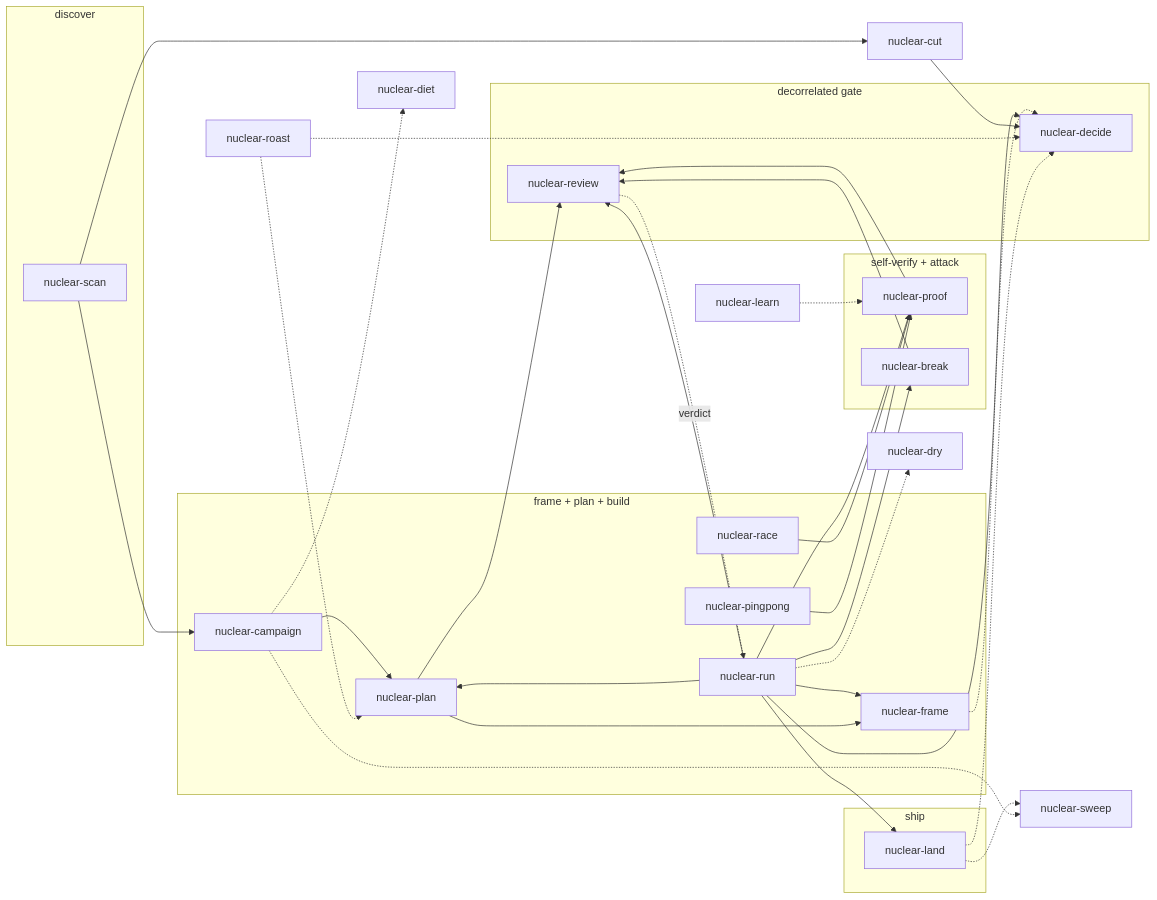
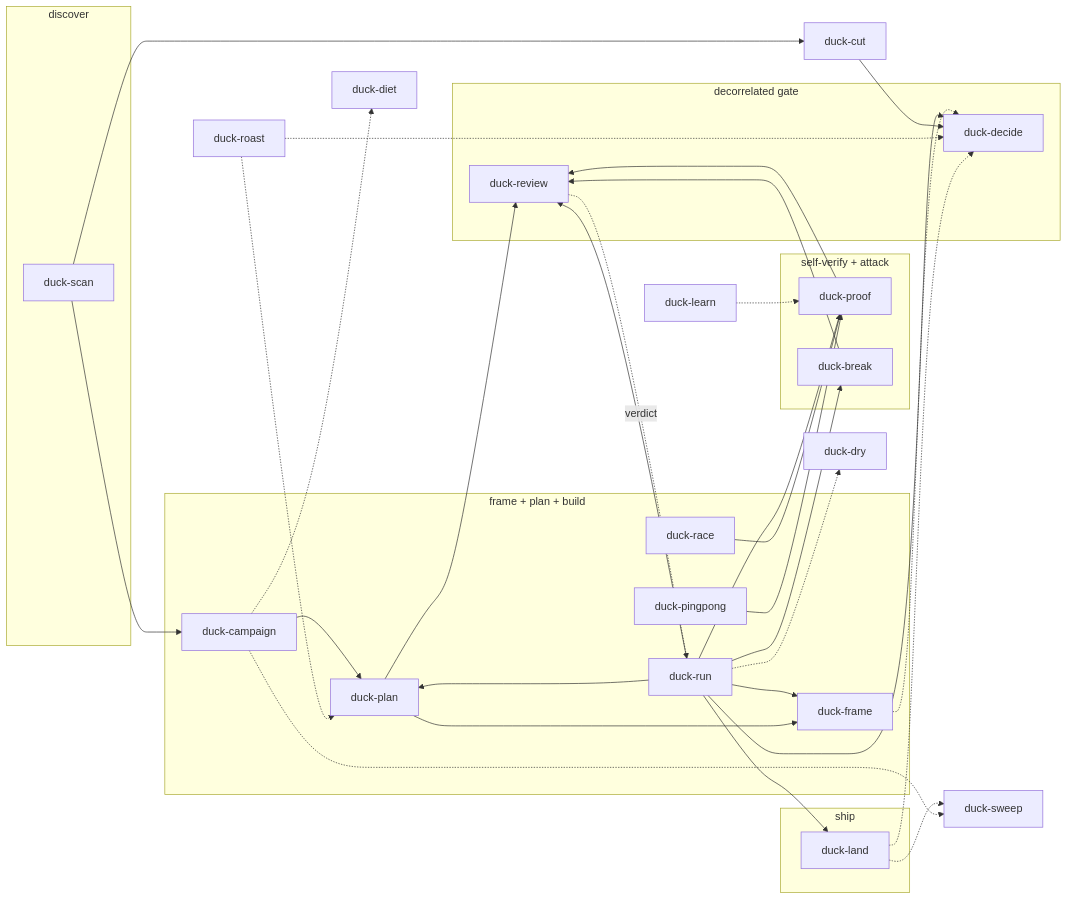
One commit to askrubberduck/skills changed the diagram in README.md. Above: the diagram before and after it, drawn with Mermaid. The commit also changed other lines of this file and 113 other files, not shown here.

````diff
--- a/README.md
+++ b/README.md
@@ -159,59 +166,59 @@
 ```mermaid
 flowchart LR
     subgraph discover
-        scan[nuclear-scan]
+        scan[duck-scan]
     end
     subgraph build["frame + plan + build"]
-        campaign[nuclear-campaign]
-        frame[nuclear-frame]
-        plan[nuclear-plan]
-        run[nuclear-run]
-        race[nuclear-race]
-        pingpong[nuclear-pingpong]
+        campaign[duck-campaign]
+        frame[duck-frame]
+        plan[duck-plan]
+        run[duck-run]
+        race[duck-race]
+        pingpong[duck-pingpong]
     end
     subgraph verify["self-verify + attack"]
-        proof[nuclear-proof]
-        break[nuclear-break]
+        proof[duck-proof]
+        break[duck-break]
     end
     subgraph gate["decorrelated gate"]
-        review[nuclear-review]
-        decide[nuclear-decide]
+        review[duck-review]
+        decide[duck-decide]
     end
     subgraph ship
-        land[nuclear-land]
+        land[duck-land]
     end
-    cut[nuclear-cut]
-    roast[nuclear-roast]
-    sweep[nuclear-sweep]
-    diet[nuclear-diet]
-    dry[nuclear-dry]
-    learn[nuclear-learn]
+    cut[duck-cut]
+    roast[duck-roast]
+    sweep[duck-sweep]
+    diet[duck-diet]
+    dry[duck-dry]
+    learn[duck-learn]
 
     scan --> campaign
     scan --> cut
     campaign --> plan
     campaign -.-> diet
     frame -.-> decide
     run --> frame
     plan --> frame
     run --> plan
     run --> proof
     run --> break
     run --> review
     race --> proof
     pingpong --> proof
     plan --> review
     proof --> review
     break --> review
     review -. verdict .-> run
     run -.-> dry
     run --> decide
     run --> land
     cut --> decide
     roast -.-> decide
     roast -.-> plan
     land -.-> decide
     land -.-> sweep
     campaign -.-> sweep
     learn -.-> proof
 ```
````
